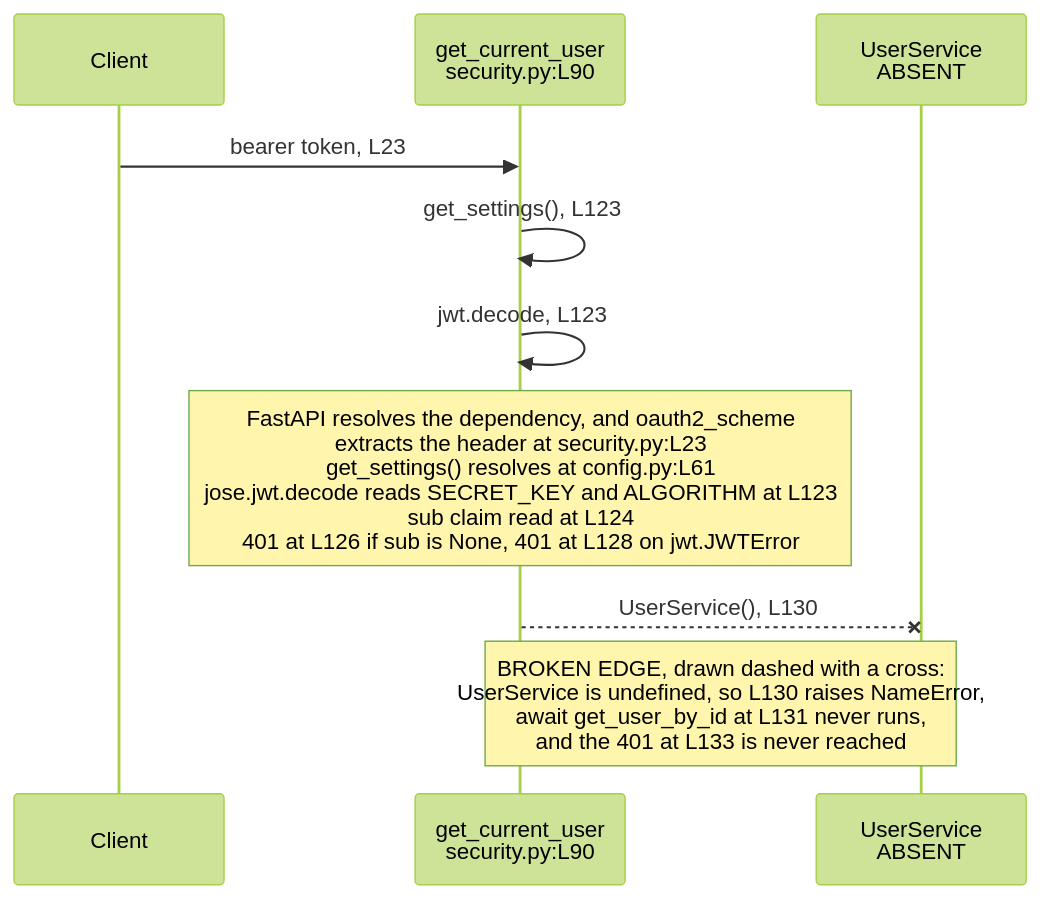
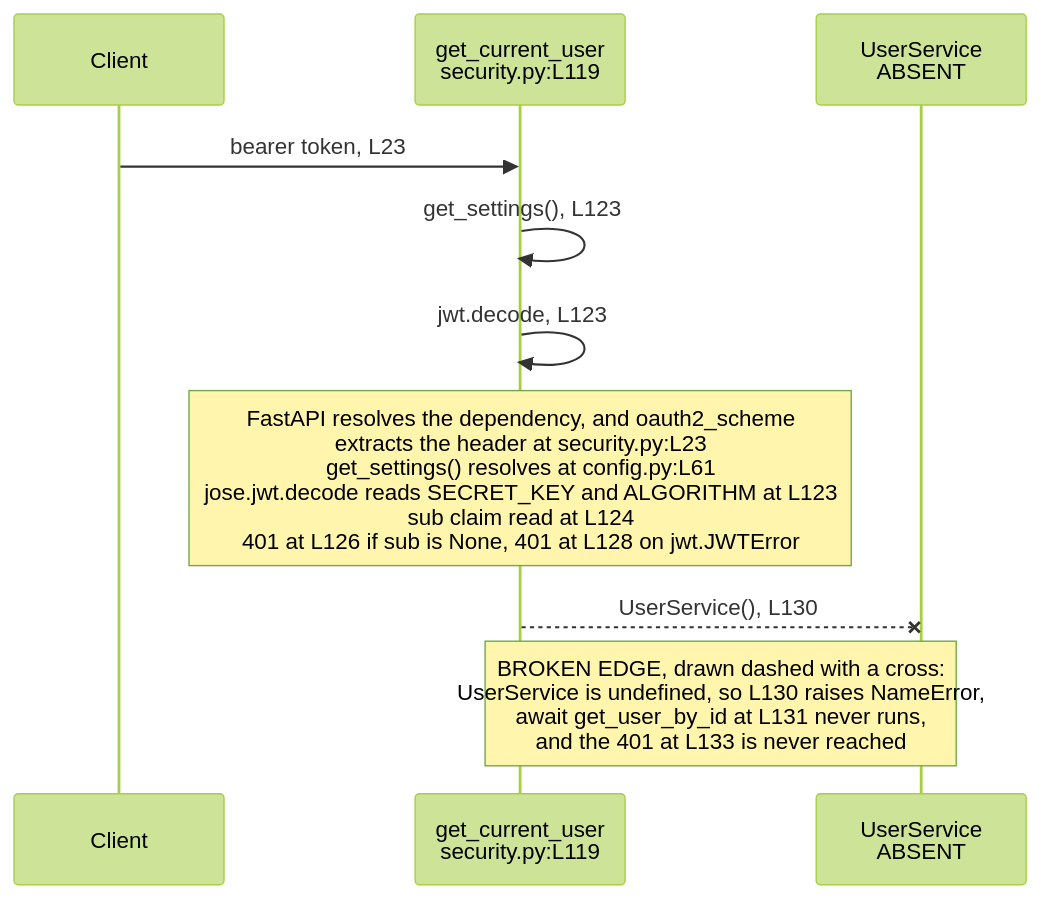
One commit to blitzy-public-samples/microsoft-word-u33ko0 changed the diagram in backend/app/core/README.md. Above: the diagram before and after it, drawn with Mermaid (forest theme). The commit also changed other lines of this file and 23 other files, not shown here.

````diff
--- a/backend/app/core/README.md
+++ b/backend/app/core/README.md
@@ -189,15 +189,15 @@
 ```mermaid
 sequenceDiagram
     accTitle: The dependency chain from the bearer scheme to the absent UserService
     accDescr: A request carries a bearer token into get_current_user, which reads settings, decodes the token and then constructs UserService. UserService is undefined, so the chain raises NameError before it can return a user or reach its 401.
     participant C as Client
-    participant GCU as get_current_user<br/>security.py:L90
+    participant GCU as get_current_user<br/>security.py:L119
     participant US as UserService<br/>ABSENT
 
     C->>GCU: bearer token, L23
     GCU->>GCU: get_settings(), L123
     GCU->>GCU: jwt.decode, L123
     Note over GCU: FastAPI resolves the dependency, and oauth2_scheme<br/>extracts the header at security.py:L23<br/>get_settings() resolves at config.py:L61<br/>jose.jwt.decode reads SECRET_KEY and ALGORITHM at L123<br/>sub claim read at L124<br/>401 at L126 if sub is None, 401 at L128 on jwt.JWTError
     GCU--xUS: UserService(), L130
     Note over GCU,US: BROKEN EDGE, drawn dashed with a cross:<br/>UserService is undefined, so L130 raises NameError,<br/>await get_user_by_id at L131 never runs,<br/>and the 401 at L133 is never reached
 ```
````
